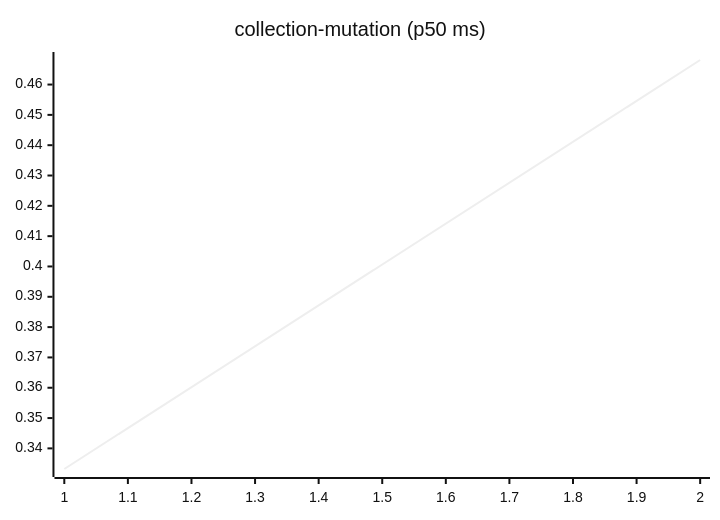
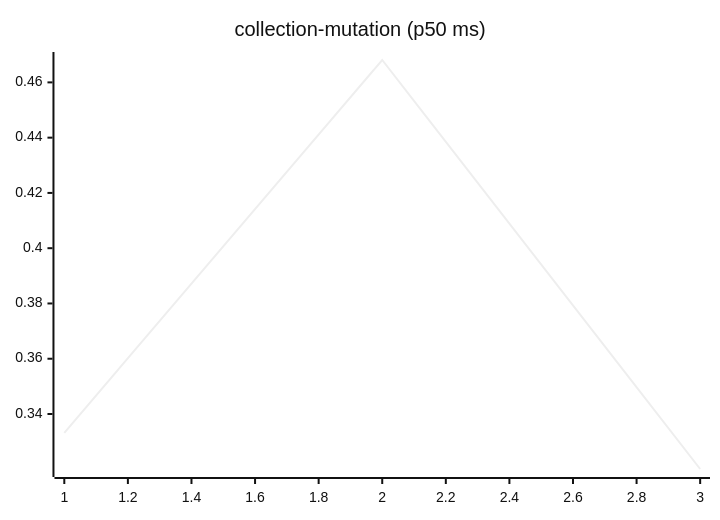
One commit to josha/Facet changed the sixth of 27 diagrams in README.md. Above: the diagram before and after it, drawn with Mermaid (neutral theme). The commit also changed other lines of this file and 2 other files, not shown here.

````diff
--- a/README.md
+++ b/README.md
@@ -98,6 +98,6 @@
 ```mermaid
 xychart-beta
     title "collection-mutation (p50 ms)"
-    x-axis 1 --> 2
-    line [0.3332, 0.4681]
+    x-axis 1 --> 3
+    line [0.3332, 0.4681, 0.3201]
 ```
````
